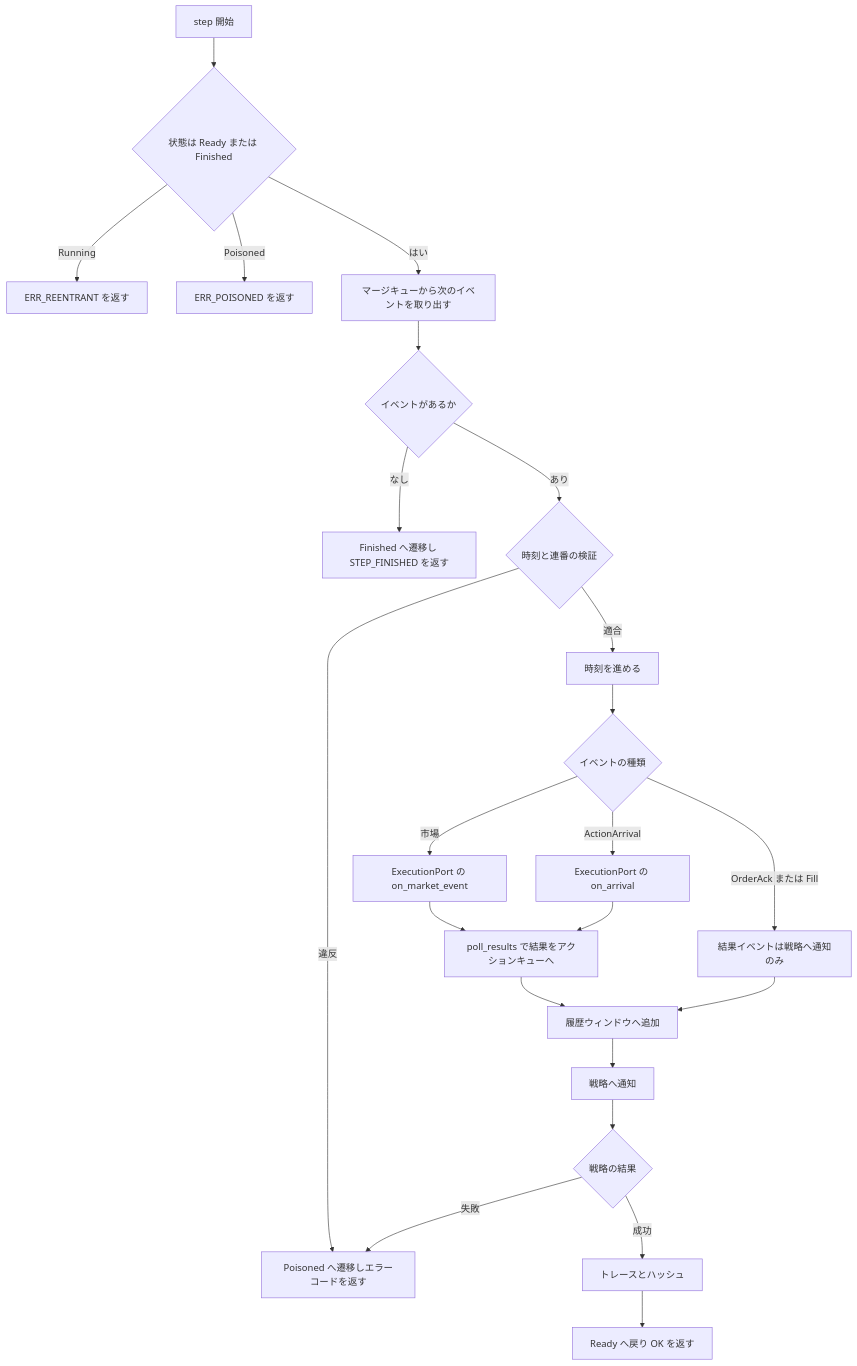
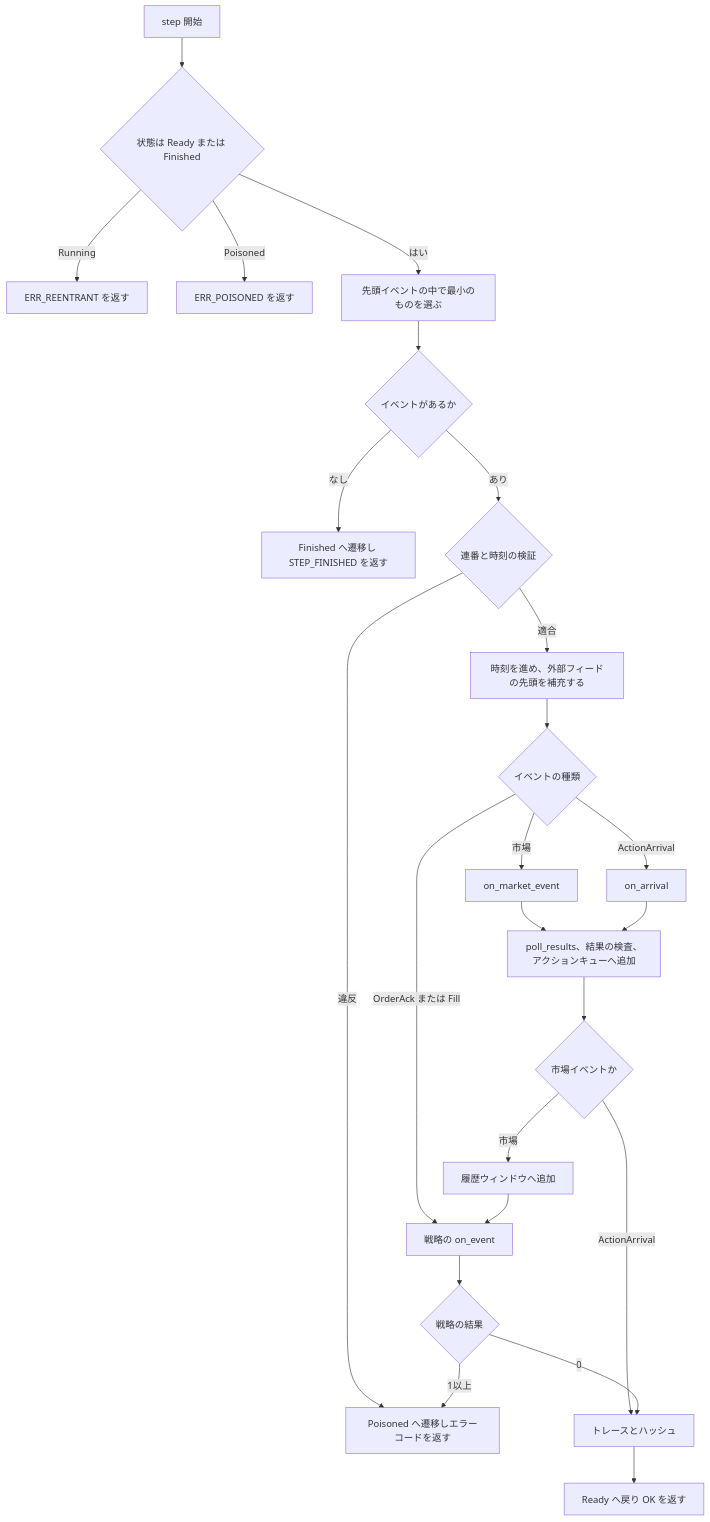
Before and after one commit to xzyozi/event_kernel: the first of 2 diagrams in docs/design/EK-DD-001_カーネルコア詳細設計書.md, drawn with Mermaid. The commit also changed other lines of this file, not shown here.

Commit message:
[docs] DDのレビュー指摘を反映（戦略契約、履歴、ExecutionPort、再入、hash_interval ほか）

````diff
--- a/docs/design/EK-DD-001_カーネルコア詳細設計書.md
+++ b/docs/design/EK-DD-001_カーネルコア詳細設計書.md
@@ -253,25 +337,26 @@
 ```mermaid
 flowchart TD
     Start["step 開始"] --> Guard{"状態は Ready または Finished"}
     Guard -->|"Running"| ErrRe["ERR_REENTRANT を返す"]
     Guard -->|"Poisoned"| ErrPo["ERR_POISONED を返す"]
-    Guard -->|"はい"| Next["マージキューから次のイベントを取り出す"]
+    Guard -->|"はい"| Next["先頭イベントの中で最小のものを選ぶ"]
     Next --> Empty{"イベントがあるか"}
     Empty -->|"なし"| Fin["Finished へ遷移し STEP_FINISHED を返す"]
-    Empty -->|"あり"| Causal{"時刻と連番の検証"}
+    Empty -->|"あり"| Causal{"連番と時刻の検証"}
     Causal -->|"違反"| Poison["Poisoned へ遷移しエラーコードを返す"]
-    Causal -->|"適合"| Clock["時刻を進める"]
+    Causal -->|"適合"| Clock["時刻を進め、外部フィードの先頭を補充する"]
     Clock --> Kind{"イベントの種類"}
-    Kind -->|"市場"| ExecMkt["ExecutionPort の on_market_event"]
-    Kind -->|"ActionArrival"| ExecArr["ExecutionPort の on_arrival"]
-    Kind -->|"OrderAck または Fill"| Skip["結果イベントは戦略へ通知のみ"]
-    ExecMkt --> Poll["poll_results で結果をアクションキューへ"]
+    Kind -->|"市場"| ExecMkt["on_market_event"]
+    Kind -->|"ActionArrival"| ExecArr["on_arrival"]
+    Kind -->|"OrderAck または Fill"| Notify
+    ExecMkt --> Poll["poll_results、結果の検査、アクションキューへ追加"]
     ExecArr --> Poll
-    Poll --> Hist["履歴ウィンドウへ追加"]
-    Skip --> Hist
-    Hist --> Strat["戦略へ通知"]
-    Strat --> StratErr{"戦略の結果"}
-    StratErr -->|"失敗"| Poison
-    StratErr -->|"成功"| Trace["トレースとハッシュ"]
+    Poll --> Which{"市場イベントか"}
+    Which -->|"市場"| Hist["履歴ウィンドウへ追加"]
+    Which -->|"ActionArrival"| Trace
+    Hist --> Notify["戦略の on_event"]
+    Notify --> StratErr{"戦略の結果"}
+    StratErr -->|"1以上"| Poison
+    StratErr -->|"0"| Trace["トレースとハッシュ"]
     Trace --> Done["Ready へ戻り OK を返す"]
 ```
````
